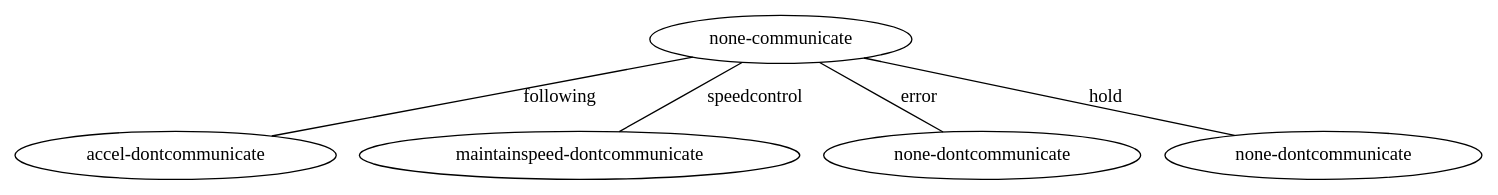
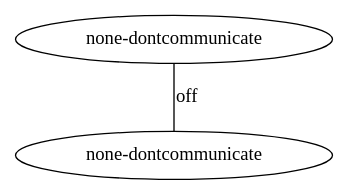
Before and after one commit to AlyssaLytle/DecPOMDP_Suite: the diagram in MADPtools/mtree.dot, drawn with Graphviz. The commit also changed 150 other files, not shown here.

```diff
--- a/MADPtools/mtree.dot
+++ b/MADPtools/mtree.dot
@@ -1,12 +1,6 @@
 digraph machine_tree {
 edge [dir=none];
-node0 [ label = "none-communicate" ];
-node1 [ label = "accel-dontcommunicate" ];
-node2 [ label = "maintainspeed-dontcommunicate" ];
-node3 [ label = "none-dontcommunicate" ];
-node4 [ label = "none-dontcommunicate" ];
-node0 -> node1 [label="following"];
-node0 -> node2 [label="speedcontrol"];
-node0 -> node3 [label="error"];
-node0 -> node4 [label="hold"];
+node0 [ label = "none-dontcommunicate" ];
+node1 [ label = "none-dontcommunicate" ];
+node0 -> node1 [label="off"];
 }
```
